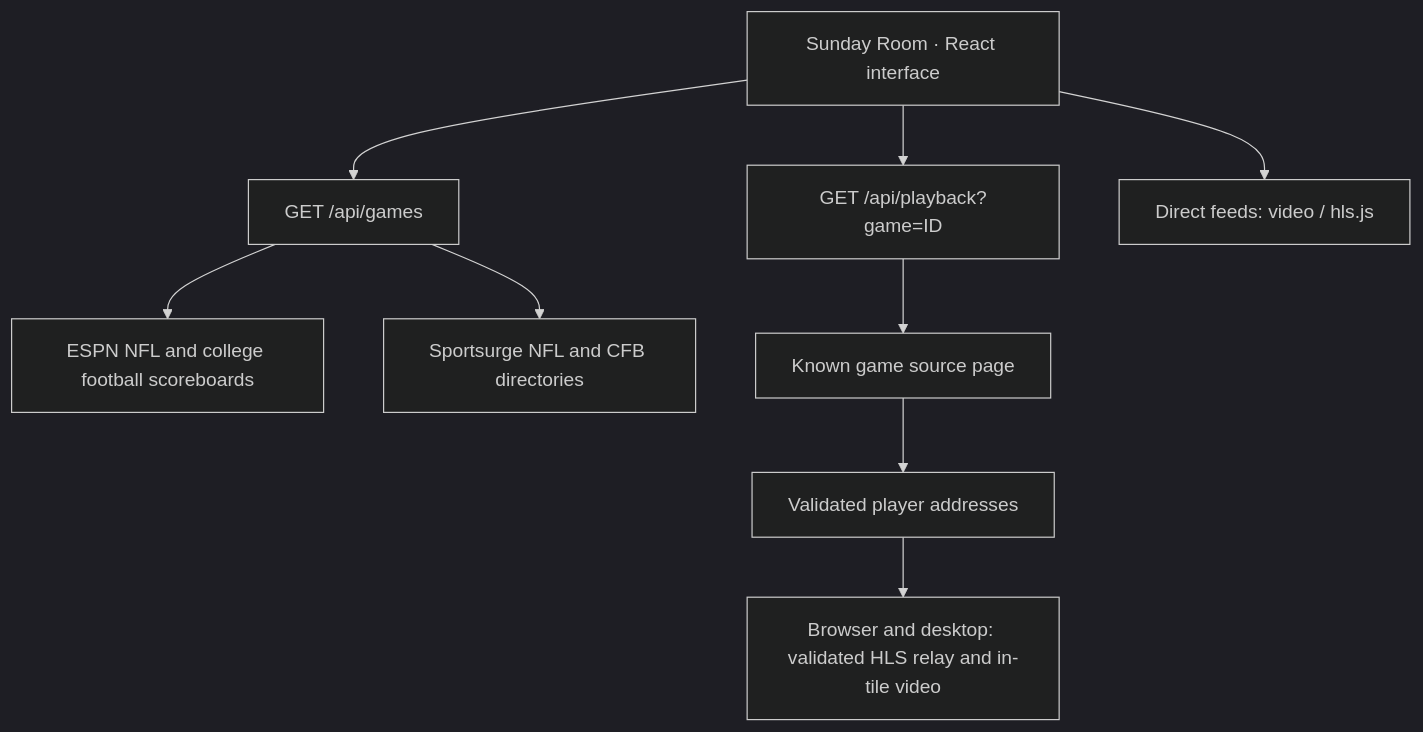
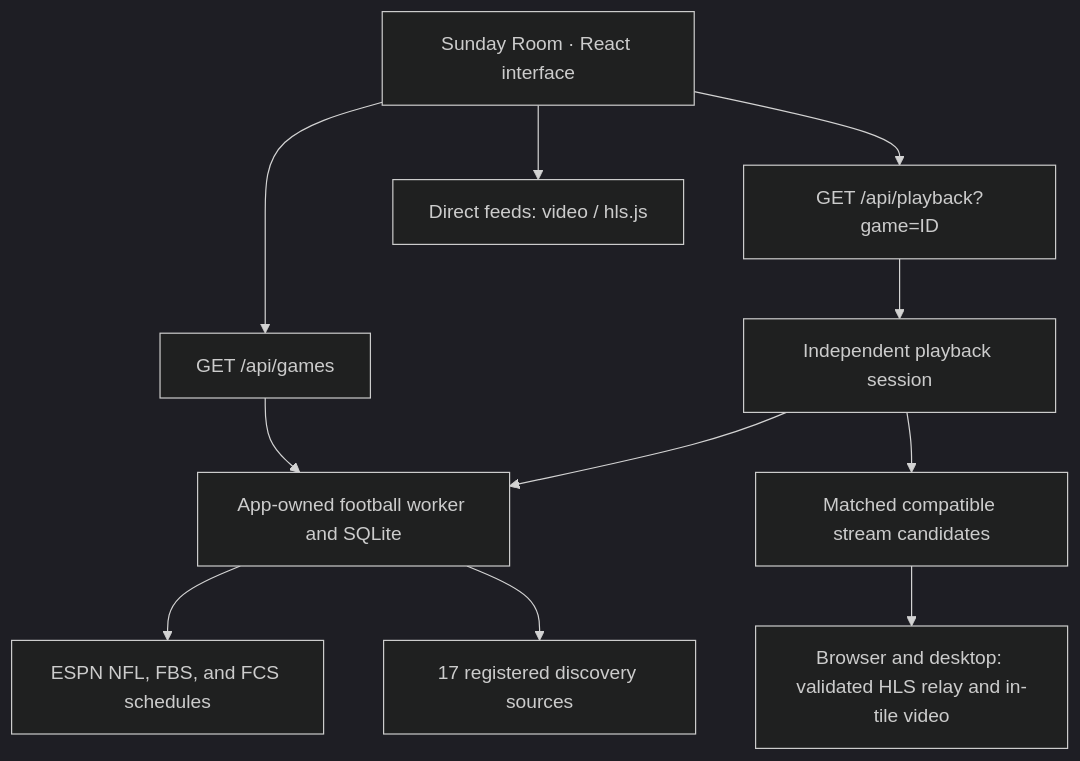
One commit to TheDarkSkyXD/Sports-Hub changed the diagram in README.md. Above: the diagram before and after it, drawn with Mermaid (dark theme). The commit also changed other lines of this file and 39 other files, not shown here.

Commit message:
feat(football): own discovery and playback lifecycle in app worker

````diff
--- a/README.md
+++ b/README.md
@@ -133,11 +133,13 @@
 ```mermaid
 flowchart TD
     UI["Sunday Room · React interface"] --> Games["GET /api/games"]
-    Games --> Scores["ESPN NFL and college football scoreboards"]
-    Games --> Directory["Sportsurge NFL and CFB directories"]
+    Games --> Pipeline["App-owned football worker and SQLite"]
+    Pipeline --> Scores["ESPN NFL, FBS, and FCS schedules"]
+    Pipeline --> Directory["17 registered discovery sources"]
     UI --> Resolve["GET /api/playback?game=ID"]
-    Resolve --> Page["Known game source page"]
-    Page --> Links["Validated player addresses"]
+    Resolve --> Session["Independent playback session"]
+    Session --> Pipeline
+    Session --> Links["Matched compatible stream candidates"]
     Links --> Player["Browser and desktop: validated HLS relay and in-tile video"]
     UI --> Direct["Direct feeds: video / hls.js"]
 ```
````
